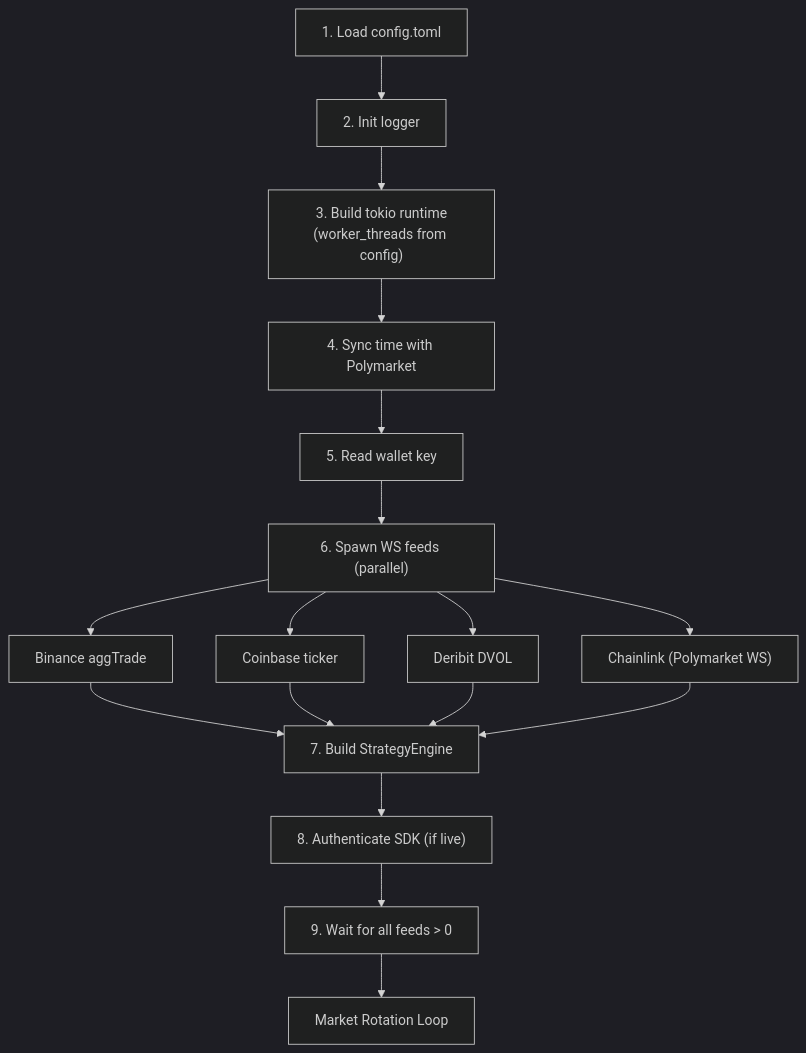
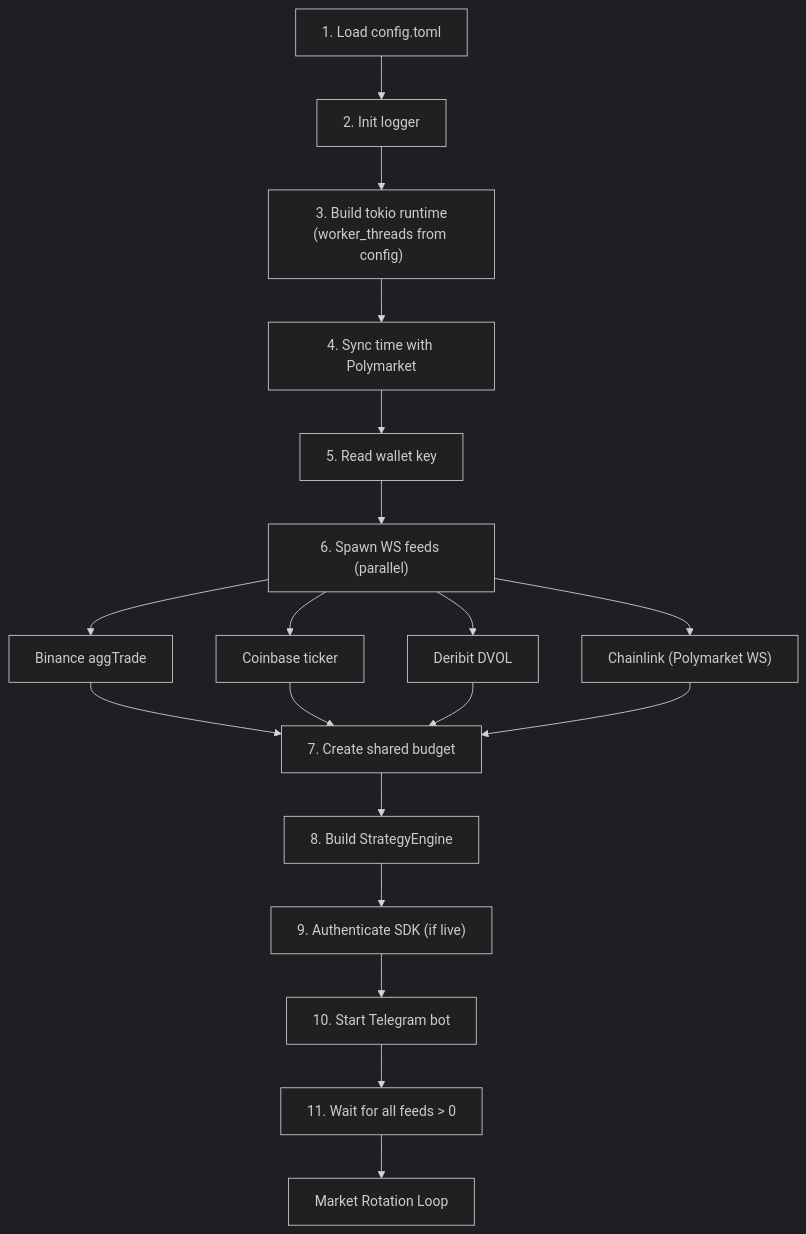
One commit to bbono/serekes changed the first of 3 diagrams in docs/WORKFLOW.md. Above: the diagram before and after it, drawn with Mermaid (dark theme). The commit also changed other lines of this file and 8 other files, not shown here.

````diff
--- a/docs/WORKFLOW.md
+++ b/docs/WORKFLOW.md
@@ -19,16 +21,18 @@
 ```mermaid
 flowchart TD
     A["1. Load config.toml"] --> B["2. Init logger"]
     B --> C["3. Build tokio runtime<br/>(worker_threads from config)"]
     C --> D["4. Sync time with Polymarket"]
     D --> E["5. Read wallet key"]
     E --> F["6. Spawn WS feeds (parallel)"]
     F --> F1["Binance aggTrade"]
     F --> F2["Coinbase ticker"]
     F --> F3["Deribit DVOL"]
     F --> F4["Chainlink (Polymarket WS)"]
-    F1 & F2 & F3 & F4 --> G["7. Build StrategyEngine"]
-    G --> H["8. Authenticate SDK (if live)"]
-    H --> I["9. Wait for all feeds > 0"]
-    I --> J["Market Rotation Loop"]
+    F1 & F2 & F3 & F4 --> G["7. Create shared budget"]
+    G --> H["8. Build StrategyEngine"]
+    H --> I["9. Authenticate SDK (if live)"]
+    I --> I2["10. Start Telegram bot"]
+    I2 --> J["11. Wait for all feeds > 0"]
+    J --> K["Market Rotation Loop"]
 ```
````
